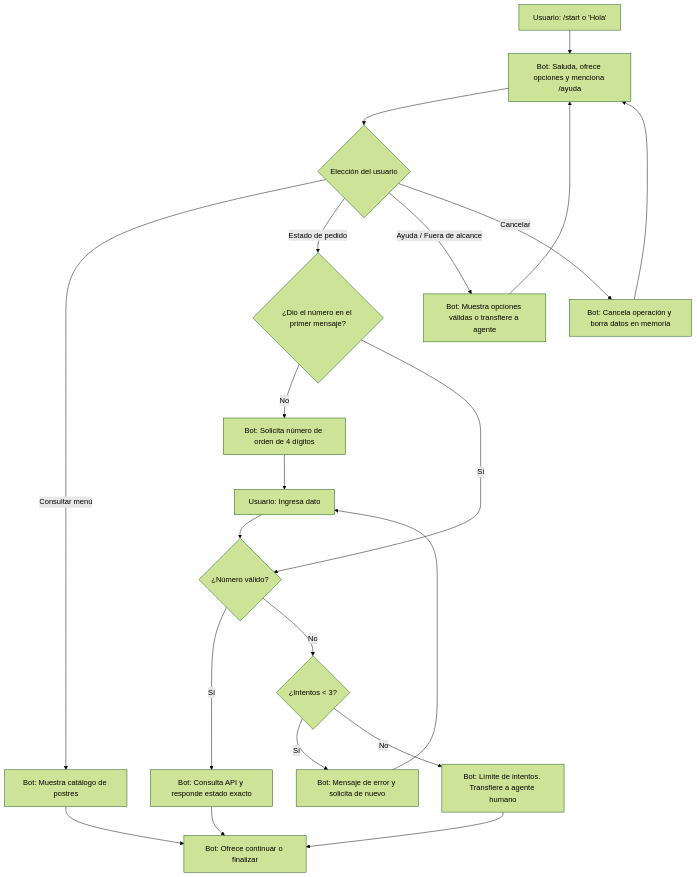
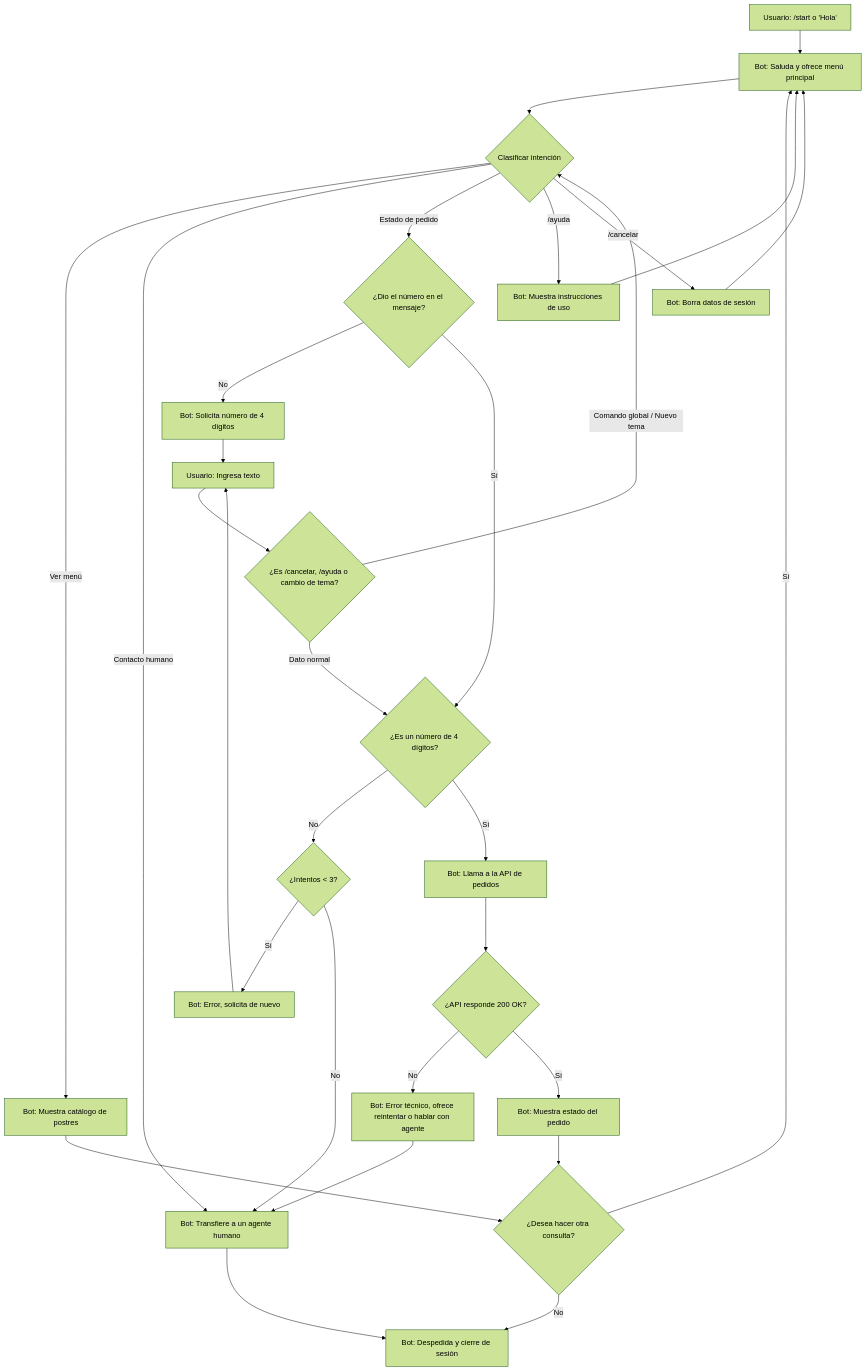
Before and after one commit to Comercio-Electronico-2026/chatbot: the diagram in docs/diseno-conversacional.md, drawn with Mermaid (forest theme). The commit also changed other lines of this file, not shown here.

Commit message:
Aplicacion de cambios despues de retroalimentacion del docente

````diff
--- a/docs/diseno-conversacional.md
+++ b/docs/diseno-conversacional.md
@@ -33,28 +43,47 @@
 ```mermaid
 graph TD
-    A[Usuario: /start o 'Hola'] --> B[Bot: Saluda, ofrece opciones y menciona /ayuda]
-    B --> C{Elección del usuario}
+    A[Usuario: /start o 'Hola'] --> B[Bot: Saluda y ofrece menú principal]
     
-    C -->|Consultar menú| D[Bot: Muestra catálogo de postres]
+    %% Interceptor global para cualquier mensaje inicial
+    B --> C{Clasificar intención}
     
-    C -->|Estado de pedido| E{¿Dio el número en el primer mensaje?}
-    E -->|No| E1[Bot: Solicita número de orden de 4 dígitos]
-    E1 --> F[Usuario: Ingresa dato]
-    E -->|Sí| G{¿Número válido?}
-    F --> G
+    %% Opciones principales
+    C -->|Ver menú| D[Bot: Muestra catálogo de postres]
+    C -->|Contacto humano| E[Bot: Transfiere a un agente humano]
     
-    G -->|Sí| G1[Bot: Consulta API y responde estado exacto]
-    G -->|No| G2{¿Intentos < 3?}
-    G2 -->|Sí| E2[Bot: Mensaje de error y solicita de nuevo]
-    E2 --> F
-    G2 -->|No| H[Bot: Límite de intentos. Transfiere a agente humano]
+    %% Flujo de Pedidos con Slot Filling
+    C -->|Estado de pedido| F{¿Dio el número en el mensaje?}
+    F -->|No| F1[Bot: Solicita número de 4 dígitos]
+    F1 --> F2[Usuario: Ingresa texto]
+    F -->|Sí| F3{¿Es un número de 4 dígitos?}
     
-    C -->|Ayuda / Fuera de alcance| I[Bot: Muestra opciones válidas o transfiere a agente]
-    C -->|Cancelar| J[Bot: Cancela operación y borra datos en memoria]
+    %% Interceptor en medio del flujo para comandos globales y cambio de tema
+    F2 --> F_Global{¿Es /cancelar, /ayuda o cambio de tema?}
+    F_Global -->|Comando global / Nuevo tema| C
+    F_Global -->|Dato normal| F3
     
-    G1 --> K[Bot: Ofrece continuar o finalizar]
-    D --> K
-    H --> K
-    I --> B
+    F3 -->|No| F4{¿Intentos < 3?}
+    F4 -->|Sí| F5[Bot: Error, solicita de nuevo]
+    F5 --> F2
+    F4 -->|No| E
+    
+    %% Llamada a la API y manejo de fallo del sistema
+    F3 -->|Sí| G[Bot: Llama a la API de pedidos]
+    G --> G1{¿API responde 200 OK?}
+    G1 -->|No| G2[Bot: Error técnico, ofrece reintentar o hablar con agente]
+    G2 --> E
+    G1 -->|Sí| G3[Bot: Muestra estado del pedido]
+    
+    %% Cierre de ciclo y evitar callejones sin salida
+    D --> H{¿Desea hacer otra consulta?}
+    G3 --> H
+    H -->|Sí| B
+    H -->|No| I[Bot: Despedida y cierre de sesión]
+    E --> I
+    
+    %% Comandos globales desde el menú
+    C -->|/ayuda| J[Bot: Muestra instrucciones de uso]
     J --> B
+    C -->|/cancelar| K[Bot: Borra datos de sesión]
+    K --> B
 ```
````
